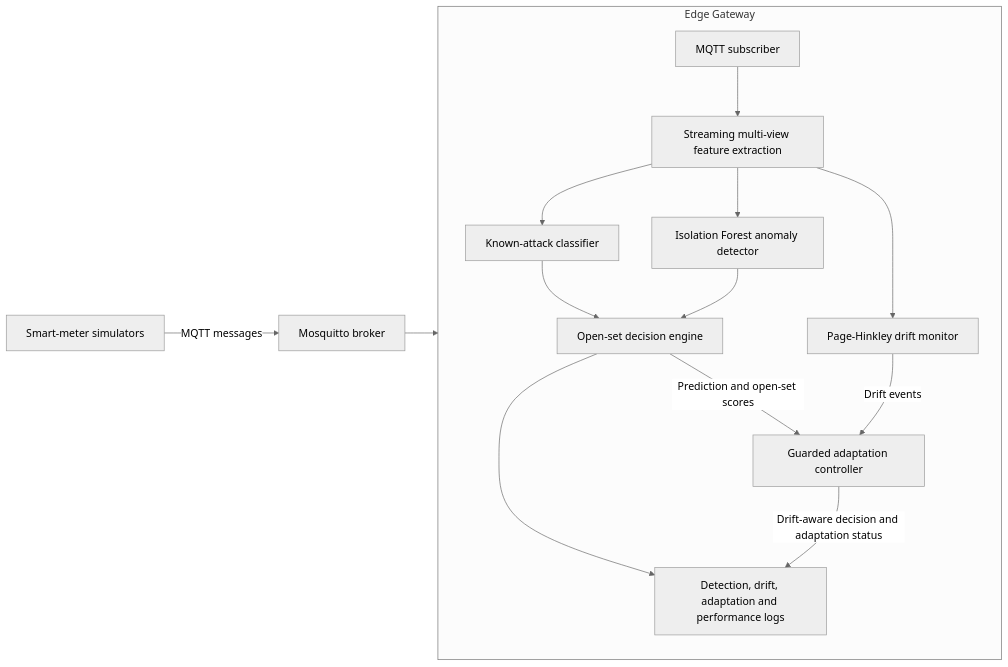
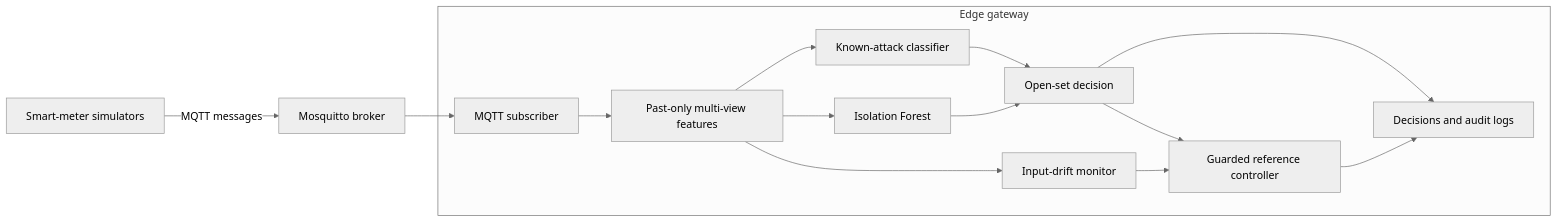
One commit to pengbo960/Smartgrid-fdi-edge changed the diagram in README.md. Above: the diagram before and after it, drawn with Mermaid (neutral theme). The commit also changed other lines of this file and 1 other file, not shown here.

````diff
--- a/README.md
+++ b/README.md
@@ -31,36 +36,19 @@
 ```mermaid
 flowchart LR
-    S["Smart-meter simulators"]
-    B["Mosquitto broker"]
+    S["Smart-meter simulators"] -->|"MQTT messages"| B["Mosquitto broker"]
 
-    subgraph G["Edge Gateway"]
-        C["MQTT subscriber"]
-        F["Streaming multi-view feature extraction"]
-
-        K["Known-attack classifier"]
-        O["Isolation Forest anomaly detector"]
-        D["Page-Hinkley drift monitor"]
-
-        E["Open-set decision engine"]
-        A["Guarded adaptation controller"]
-        L["Detection, drift, adaptation and performance logs"]
-
-        C --> F
-
-        F --> K
-        F --> O
-        F --> D
-
-        K --> E
+    subgraph G["Edge gateway"]
+        C["MQTT subscriber"] --> F["Past-only multi-view features"]
+        F --> K["Known-attack classifier"]
+        F --> O["Isolation Forest"]
+        F --> D["Input-drift monitor"]
+        K --> E["Open-set decision"]
         O --> E
-
-        E --> L
-        E -->|"Prediction and open-set scores"| A
-        D -->|"Drift events"| A
-
-        A -->|"Drift-aware decision and adaptation status"| L
+        E --> L["Decisions and audit logs"]
+        E --> A["Guarded reference controller"]
+        D --> A
+        A --> L
     end
 
-    S -->|"MQTT messages"| B
-    B --> G
+    B --> C
 ```
````
